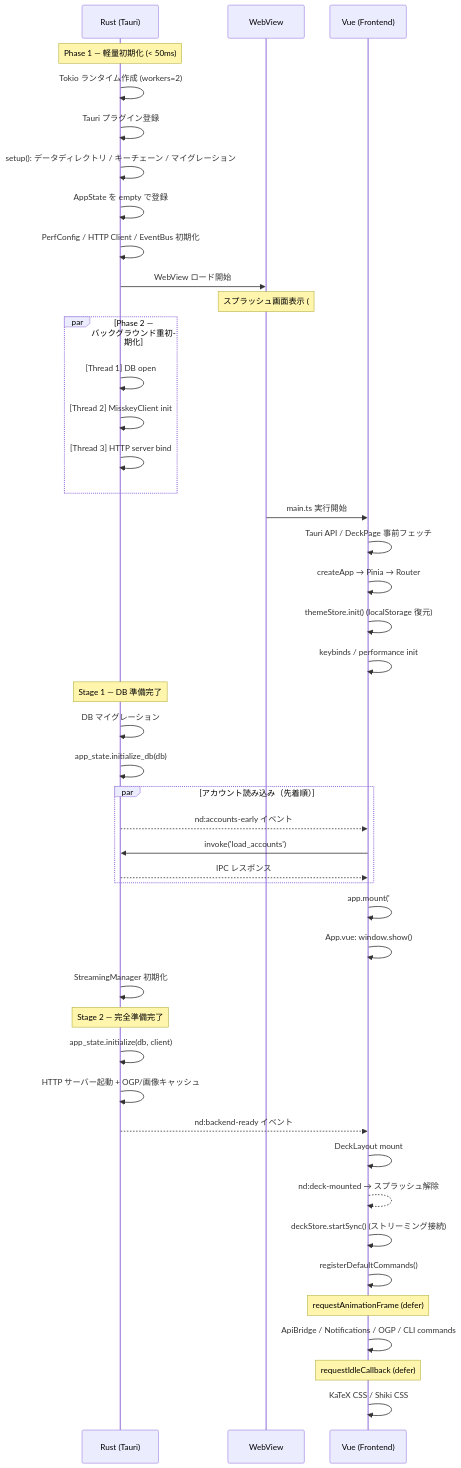
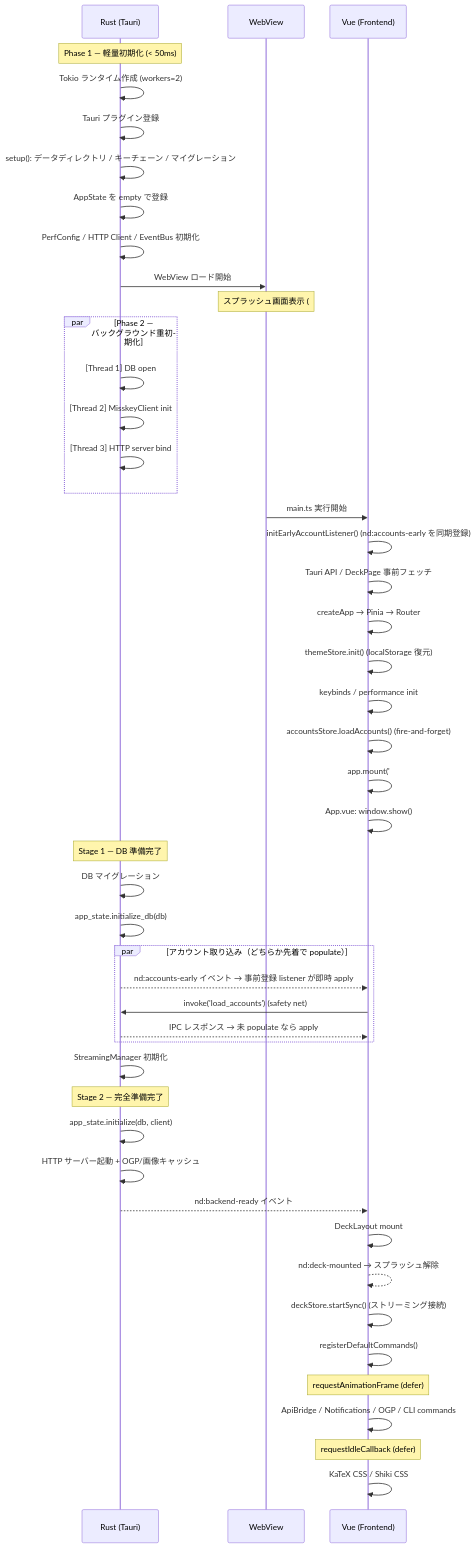
One commit to hitalin/notedeck changed the first of 4 diagrams in DEVELOPMENT.md. Above: the diagram before and after it, drawn with Mermaid. The commit also changed other lines of this file, not shown here.

Commit message:
docs: 起動フローの早期 listener 登録と非同期化を反映
直前の fix(startup) で起動時のアカウント取り込みが次のように
変わったため、DEVELOPMENT.md の Boot Sequence を更新。

- `initEarlyAccountListener()` を Pinia 初期化より前に同期呼び
  出しし、`nd:accounts-early` を取りこぼさない構造にした
- `accountsStore.loadAccounts()` は fire-and-forget で発火し、
  mount をブロックしない（AppState スタックにつられて無言で
  固まる回帰を防止）
- `DeckColumn` の `requireAccount` prop でチラつきを防ぐため
  最適化テクニック表に 2 行追記

````diff
--- a/DEVELOPMENT.md
+++ b/DEVELOPMENT.md
@@ -159,59 +159,60 @@
 ```mermaid
 sequenceDiagram
     participant R as Rust (Tauri)
     participant W as WebView
     participant V as Vue (Frontend)
 
     Note over R: Phase 1 — 軽量初期化 (< 50ms)
     R->>R: Tokio ランタイム作成 (workers=2)
     R->>R: Tauri プラグイン登録
     R->>R: setup(): データディレクトリ / キーチェーン / マイグレーション
     R->>R: AppState を empty で登録
     R->>R: PerfConfig / HTTP Client / EventBus 初期化
     R->>W: WebView ロード開始
 
     Note over W: スプラッシュ画面表示 (#nd-splash)
 
     par Phase 2 — バックグラウンド重初期化
         R->>R: [Thread 1] DB open
         R->>R: [Thread 2] MisskeyClient init
         R->>R: [Thread 3] HTTP server bind
     end
 
     W->>V: main.ts 実行開始
+    V->>V: initEarlyAccountListener() (nd:accounts-early を同期登録)
     V->>V: Tauri API / DeckPage 事前フェッチ
     V->>V: createApp → Pinia → Router
     V->>V: themeStore.init() (localStorage 復元)
     V->>V: keybinds / performance init
+    V->>V: accountsStore.loadAccounts() (fire-and-forget)
+    V->>V: app.mount('#app')
+    V->>V: App.vue: window.show()
 
     Note over R: Stage 1 — DB 準備完了
     R->>R: DB マイグレーション
     R->>R: app_state.initialize_db(db)
 
-    par アカウント読み込み（先着順）
-        R-->>V: nd:accounts-early イベント
-        V->>R: invoke('load_accounts')
-        R-->>V: IPC レスポンス
+    par アカウント取り込み（どちらか先着で populate）
+        R-->>V: nd:accounts-early イベント → 事前登録 listener が即時 apply
+        V->>R: invoke('load_accounts') (safety net)
+        R-->>V: IPC レスポンス → 未 populate なら apply
     end
-
-    V->>V: app.mount('#app')
-    V->>V: App.vue: window.show()
 
     R->>R: StreamingManager 初期化
 
     Note over R: Stage 2 — 完全準備完了
     R->>R: app_state.initialize(db, client)
     R->>R: HTTP サーバー起動 + OGP/画像キャッシュ
     R-->>V: nd:backend-ready イベント
 
     V->>V: DeckLayout mount
     V-->>V: nd:deck-mounted → スプラッシュ解除
     V->>V: deckStore.startSync() (ストリーミング接続)
     V->>V: registerDefaultCommands()
 
     Note over V: requestAnimationFrame (defer)
     V->>V: ApiBridge / Notifications / OGP / CLI commands
 
     Note over V: requestIdleCallback (defer)
     V->>V: KaTeX CSS / Shiki CSS
 ```
````
